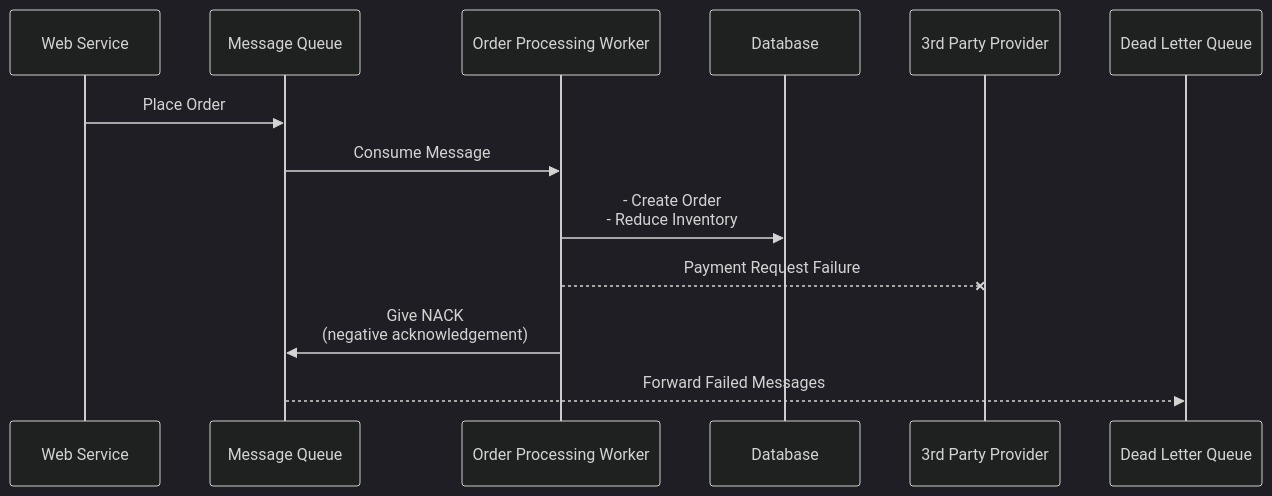
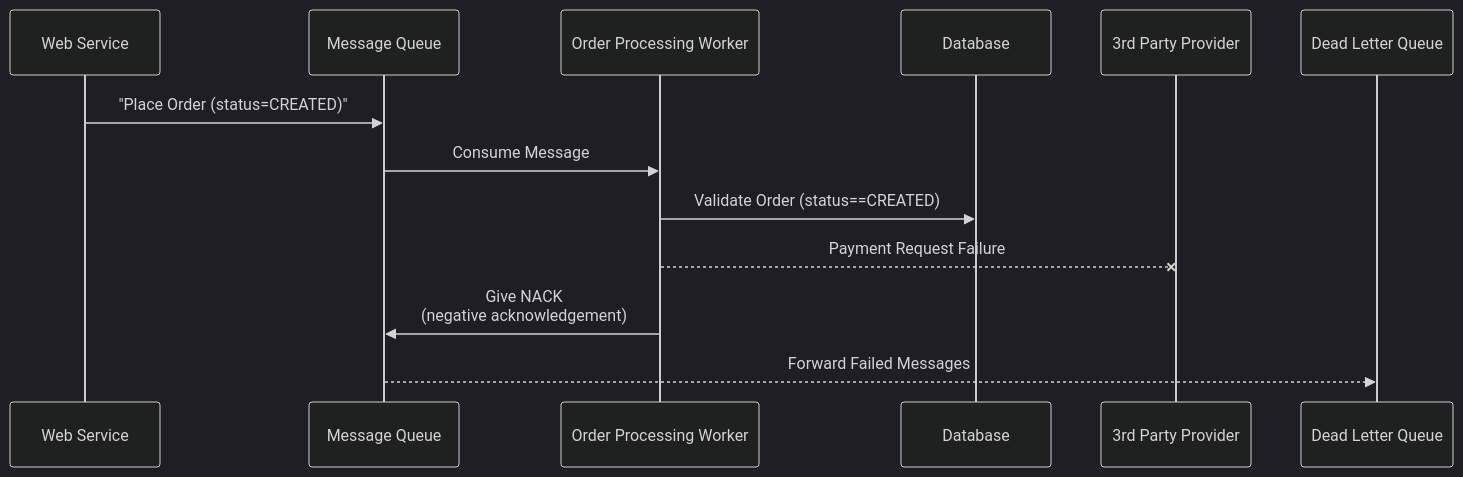
The first of 2 diagrams in _posts/2025-01-02-reliable-messaging-workers-rule-of-thumbs.md (zhorifiandi/zhorifiandi.github.io), drawn with Mermaid (dark theme) before and after one commit. The commit also changed other lines of this file and 2 other files, not shown here.

```diff
--- a/_posts/2025-01-02-reliable-messaging-workers-rule-of-thumbs.md
+++ b/_posts/2025-01-02-reliable-messaging-workers-rule-of-thumbs.md
@@ -53,16 +52,17 @@
 <pre class="mermaid">
 sequenceDiagram
     participant Service as Web Service
     participant Queue as Message Queue
     participant Worker as Order Processing Worker
     participant DB as Database
     participant TPS as 3rd Party Provider
     participant DLQ as Dead Letter Queue
 
-    Service->>Queue: Place Order
+    Service->>Queue: "Place Order (status=CREATED)"
     Queue->>Worker: Consume Message
-    Worker->>DB: - Create Order<br/>- Reduce Inventory
+    %% note right of Worker: If order status is not CREATED,<br />we should skip the message
+    Worker->>DB: Validate Order (status==CREATED)
     Worker--xTPS: Payment Request Failure
     Worker->>Queue: Give NACK<br/>(negative acknowledgement)
     Queue -->> DLQ: Forward Failed Messages
 </pre>
```
